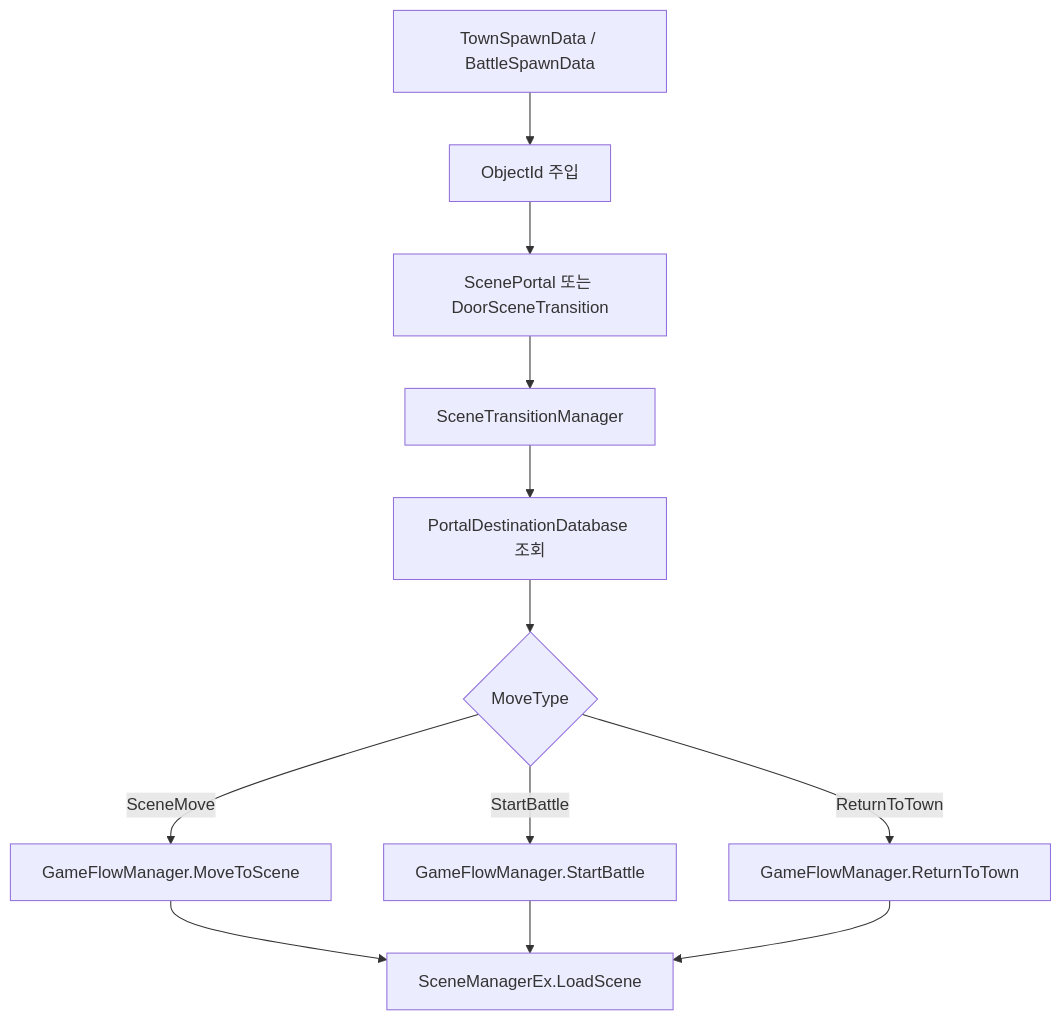
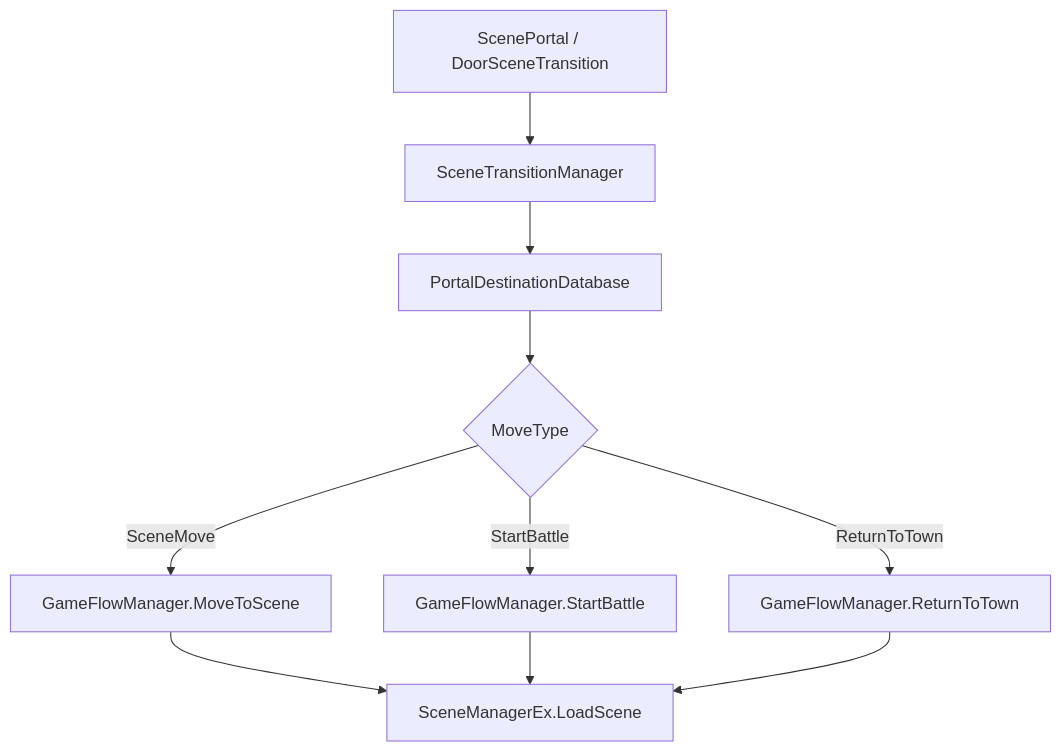
One commit to ra-ku/GridRPG-Portfolio changed the diagram in README.md. Above: the diagram before and after it, drawn with Mermaid. The commit also changed other lines of this file, not shown here.

````diff
--- a/README.md
+++ b/README.md
@@ -71,14 +75,12 @@
 ```mermaid
 flowchart TD
-    A["TownSpawnData / BattleSpawnData"] --> B["ObjectId 주입"]
-    B --> C["ScenePortal 또는 DoorSceneTransition"]
-    C --> D["SceneTransitionManager"]
-    D --> E["PortalDestinationDatabase 조회"]
-    E --> F{MoveType}
-    F -->|SceneMove| G["GameFlowManager.MoveToScene"]
-    F -->|StartBattle| H["GameFlowManager.StartBattle"]
-    F -->|ReturnToTown| I["GameFlowManager.ReturnToTown"]
-    G --> J["SceneManagerEx.LoadScene"]
-    H --> J
-    I --> J
+    A["ScenePortal / DoorSceneTransition"] --> B["SceneTransitionManager"]
+    B --> C["PortalDestinationDatabase"]
+    C --> D{"MoveType"}
+    D -->|SceneMove| E["GameFlowManager.MoveToScene"]
+    D -->|StartBattle| F["GameFlowManager.StartBattle"]
+    D -->|ReturnToTown| G["GameFlowManager.ReturnToTown"]
+    E --> H["SceneManagerEx.LoadScene"]
+    F --> H
+    G --> H
 ```
````
